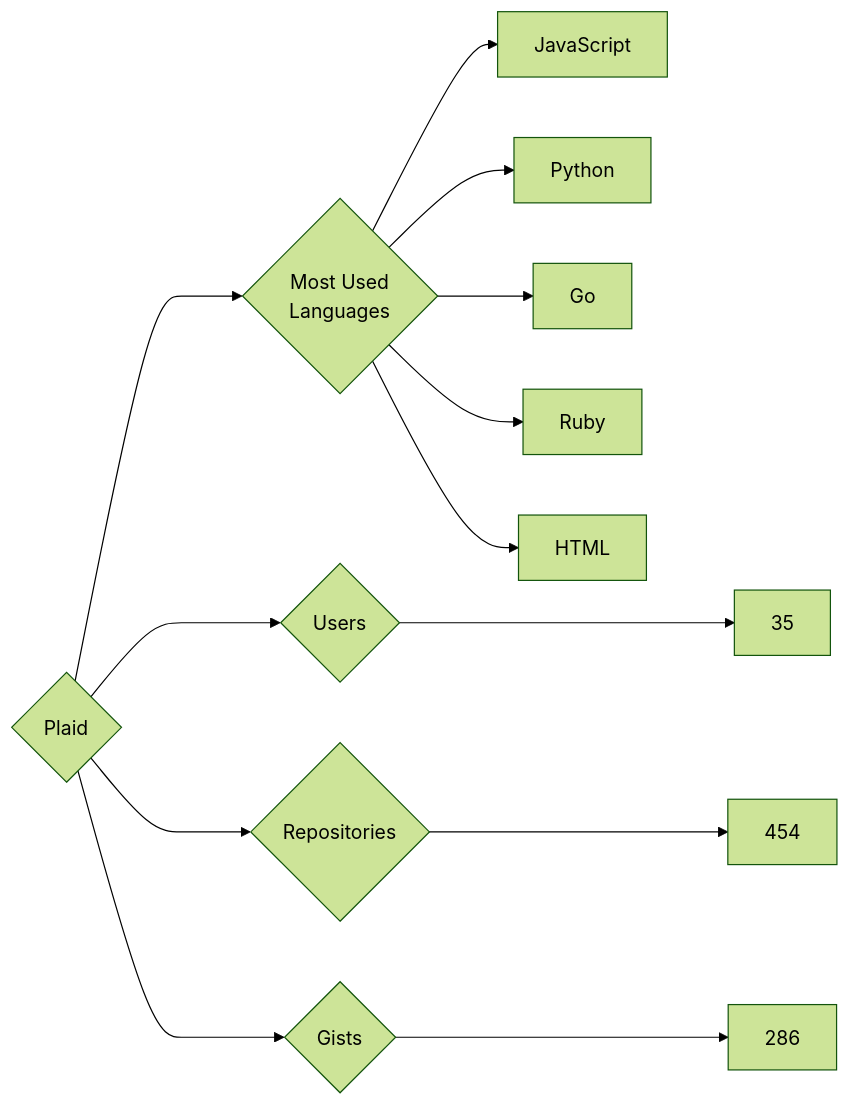
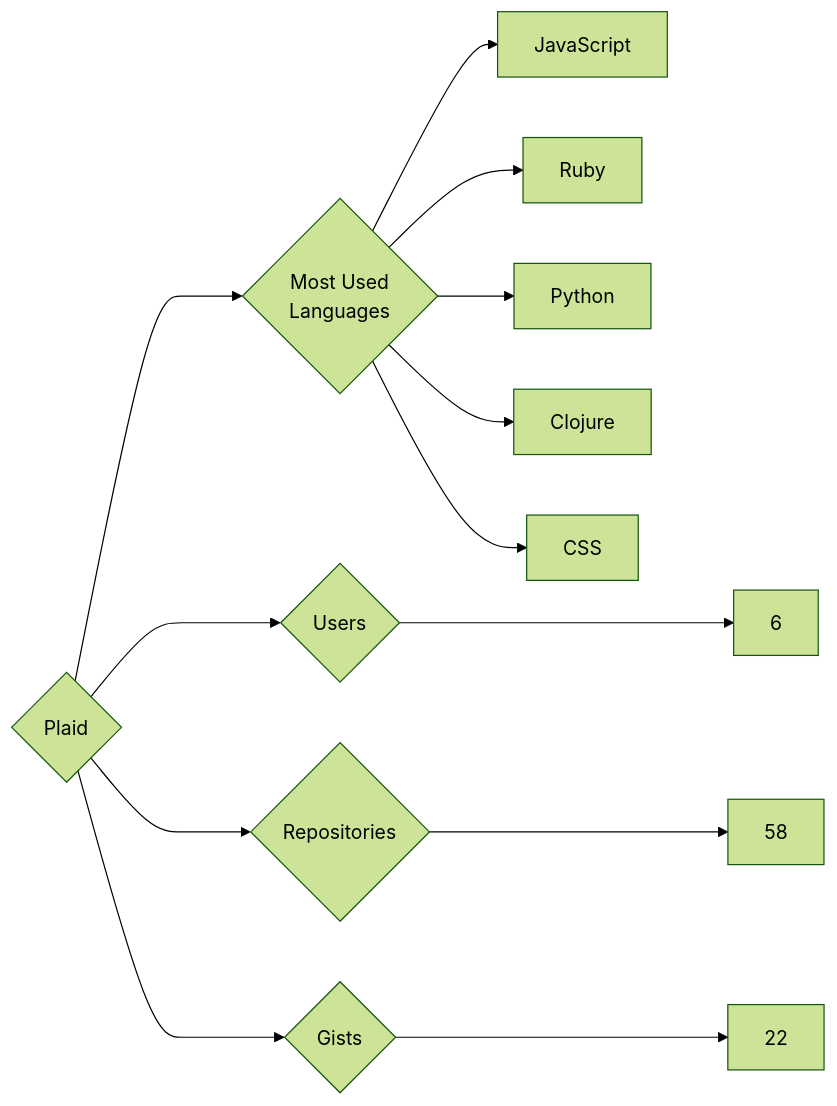
One commit to trickest/insiders changed the diagram in targets/Plaid/README.md. Above: the diagram before and after it, drawn with Mermaid (forest theme). The commit also changed 964 other files, not shown here.

````diff
--- a/targets/Plaid/README.md
+++ b/targets/Plaid/README.md
@@ -3,13 +3,13 @@
 ```mermaid
 graph LR
 COMPANY_NAME{Plaid}
-COMPANY_NAME ---> U{Users} ---> UN[35]
-COMPANY_NAME ---> R{Repositories} ---> RN[454]
-COMPANY_NAME ---> G{Gists} ---> GN[286]
+COMPANY_NAME ---> U{Users} ---> UN[6]
+COMPANY_NAME ---> R{Repositories} ---> RN[58]
+COMPANY_NAME ---> G{Gists} ---> GN[22]
 COMPANY_NAME ---> ML{Most Used<br>Languages}
 ML --> JavaScript[JavaScript]
+ML --> Ruby[Ruby]
 ML --> Python[Python]
-ML --> Go[Go]
-ML --> Ruby[Ruby]
-ML --> HTML[HTML]
+ML --> Clojure[Clojure]
+ML --> CSS[CSS]
 ```
````
